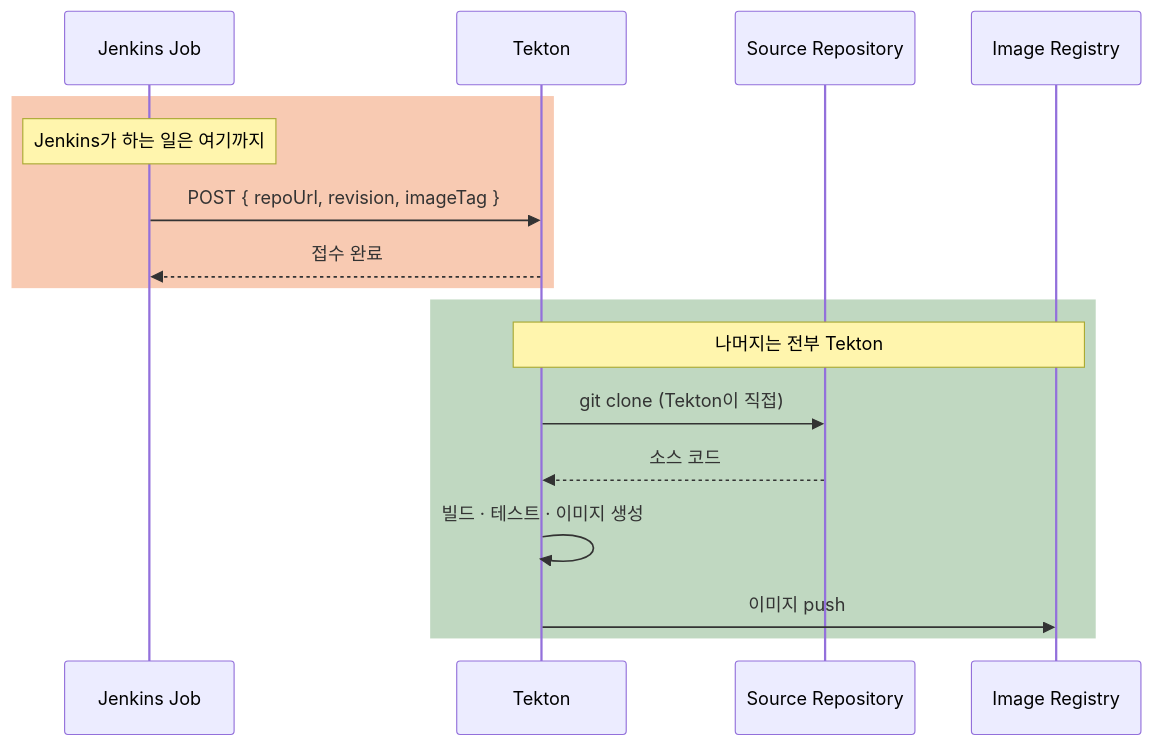
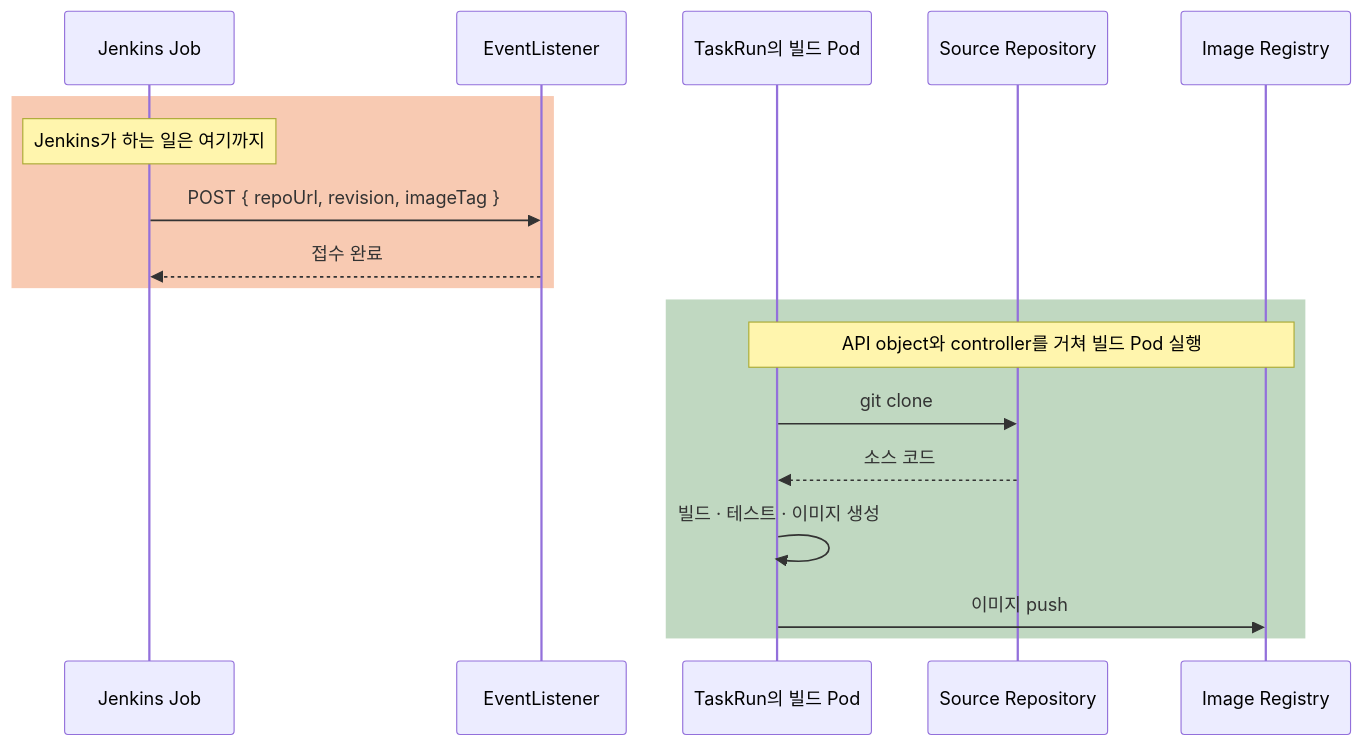
Before and after one commit to sskim91/TIL: the third of 4 diagrams in kubernetes/Jenkins가-있는데-왜-Tekton이-빌드할까.md, drawn with Mermaid. The commit also changed other lines of this file and 39 other files, not shown here.

````diff
--- a/kubernetes/Jenkins가-있는데-왜-Tekton이-빌드할까.md
+++ b/kubernetes/Jenkins가-있는데-왜-Tekton이-빌드할까.md
@@ -215,20 +201,21 @@
 ```mermaid
 sequenceDiagram
     participant J as Jenkins Job
-    participant T as Tekton
+    participant T as EventListener
+    participant P as TaskRun의 빌드 Pod
     participant G as Source Repository
     participant R as Image Registry
 
     rect rgba(230, 81, 0, 0.3)
         Note over J: Jenkins가 하는 일은 여기까지
         J->>T: POST { repoUrl, revision, imageTag }
         T-->>J: 접수 완료
     end
     rect rgba(46, 125, 50, 0.3)
-        Note over T,R: 나머지는 전부 Tekton
-        T->>G: git clone (Tekton이 직접)
-        G-->>T: 소스 코드
-        T->>T: 빌드 · 테스트 · 이미지 생성
-        T->>R: 이미지 push
+        Note over P,R: API object와 controller를 거쳐 빌드 Pod 실행
+        P->>G: git clone
+        G-->>P: 소스 코드
+        P->>P: 빌드 · 테스트 · 이미지 생성
+        P->>R: 이미지 push
     end
 ```
````
